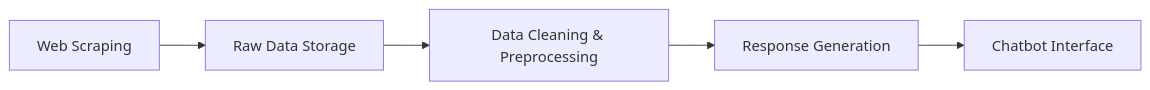
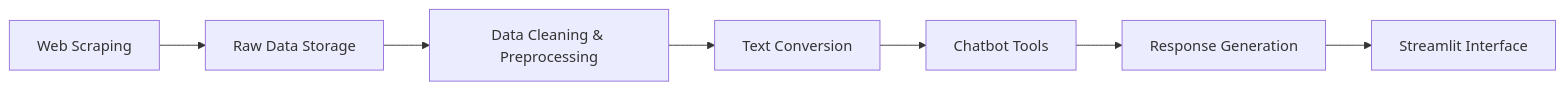
Before and after one commit to SorenAcevedo/tecnicas_avanzadas_llm: the first of 2 diagrams in README.md, drawn with Mermaid. The commit also changed other lines of this file and 36 other files, not shown here.

````diff
--- a/README.md
+++ b/README.md
@@ -132,7 +525,9 @@
 ```mermaid
 flowchart LR
   A[Web Scraping] --> B[Raw Data Storage]
   B --> C[Data Cleaning & Preprocessing]
-  C --> D[Response Generation]
-  D --> E[Chatbot Interface]
+  C --> D[Text Conversion]
+  D --> E[Chatbot Tools]
+  E --> F[Response Generation]
+  F --> G[Streamlit Interface]
 ```
````
